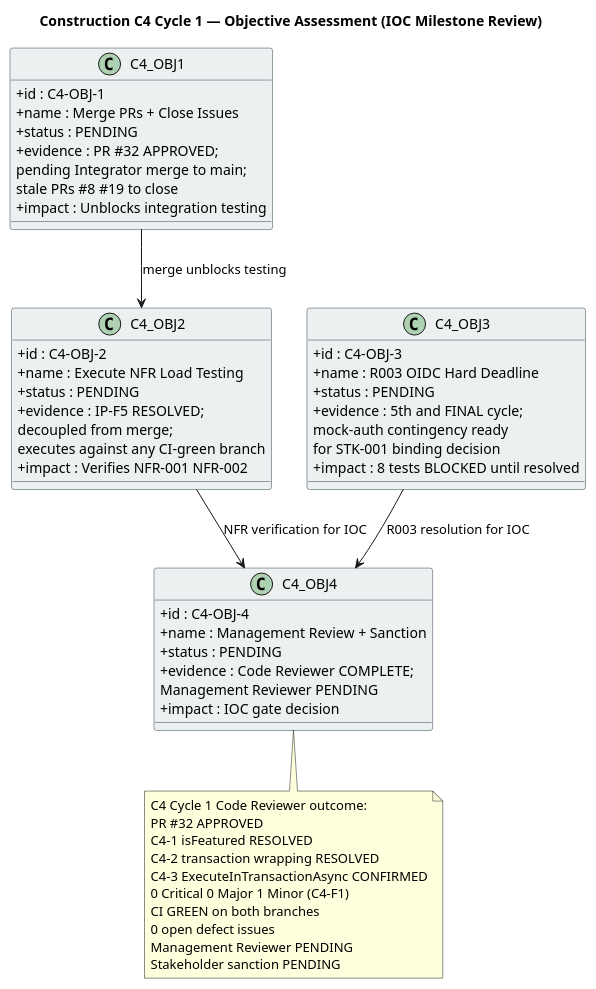
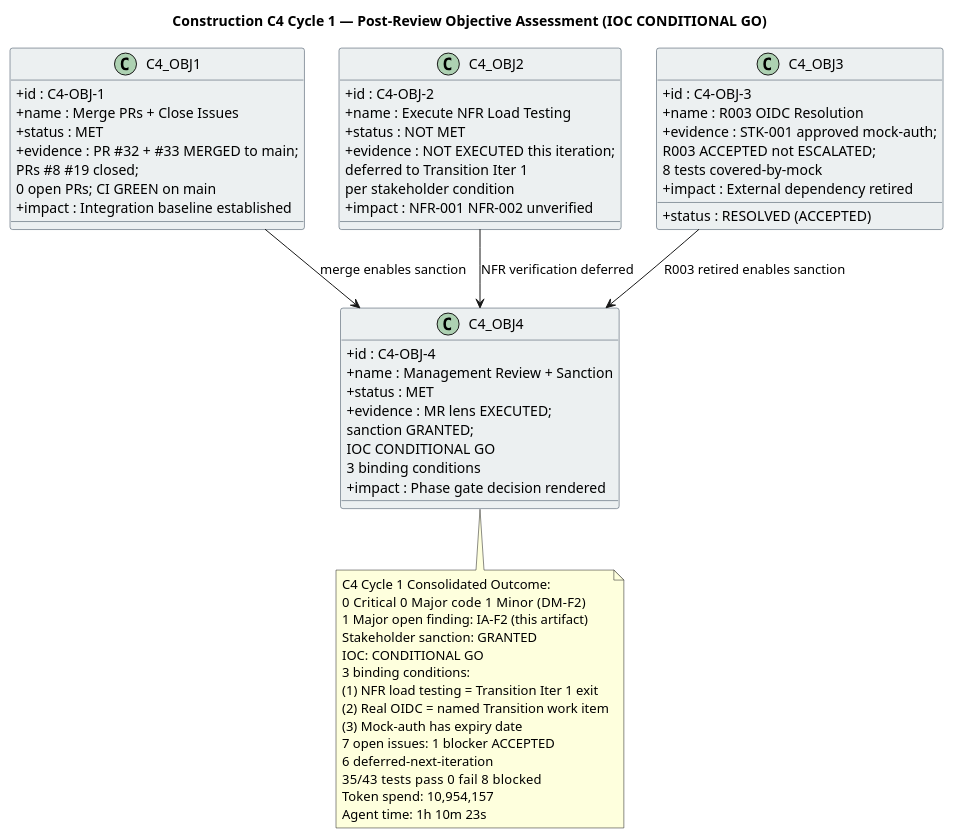
One commit to banense-test/portal-cuba-corp changed the diagram in docs/artifacts/project-management/iteration-assessment.md. Above: the diagram before and after it, drawn with PlantUML. The commit also changed other lines of this file, not shown here.

Commit message:
Project Manager [C4]: upsert Iteration Assessment
[skip ci]

````diff
--- a/docs/artifacts/project-management/iteration-assessment.md
+++ b/docs/artifacts/project-management/iteration-assessment.md
@@ -27,66 +26,72 @@
 ```plantuml
 @startuml
-title Construction C4 Cycle 1 — Objective Assessment (IOC Milestone Review)
+title Construction C4 Cycle 1 — Post-Review Objective Assessment (IOC CONDITIONAL GO)
 
 skinparam classBorderColor #2C3E50
 skinparam classBackgroundColor #ECF0F1
 skinparam classAttributeIconSize 0
 
 class C4_OBJ1 {
   + id : C4-OBJ-1
   + name : Merge PRs + Close Issues
-  + status : PENDING
-  + evidence : PR #32 APPROVED;
-    pending Integrator merge to main;
-    stale PRs #8 #19 to close
-  + impact : Unblocks integration testing
+  + status : MET
+  + evidence : PR #32 + #33 MERGED to main;
+    PRs #8 #19 closed;
+    0 open PRs; CI GREEN on main
+  + impact : Integration baseline established
 }
 
 class C4_OBJ2 {
   + id : C4-OBJ-2
   + name : Execute NFR Load Testing
-  + status : PENDING
-  + evidence : IP-F5 RESOLVED;
-    decoupled from merge;
-    executes against any CI-green branch
-  + impact : Verifies NFR-001 NFR-002
+  + status : NOT MET
+  + evidence : NOT EXECUTED this iteration;
+    deferred to Transition Iter 1
+    per stakeholder condition
+  + impact : NFR-001 NFR-002 unverified
 }
 
 class C4_OBJ3 {
   + id : C4-OBJ-3
-  + name : R003 OIDC Hard Deadline
-  + status : PENDING
-  + evidence : 5th and FINAL cycle;
-    mock-auth contingency ready
-    for STK-001 binding decision
-  + impact : 8 tests BLOCKED until resolved
+  + name : R003 OIDC Resolution
+  + status : RESOLVED (ACCEPTED)
+  + evidence : STK-001 approved mock-auth;
+    R003 ACCEPTED not ESCALATED;
+    8 tests covered-by-mock
+  + impact : External dependency retired
 }
 
 class C4_OBJ4 {
   + id : C4-OBJ-4
   + name : Management Review + Sanction
-  + status : PENDING
-  + evidence : Code Reviewer COMPLETE;
-    Management Reviewer PENDING
-  + impact : IOC gate decision
+  + status : MET
+  + evidence : MR lens EXECUTED;
+    sanction GRANTED;
+    IOC CONDITIONAL GO
+    3 binding conditions
+  + impact : Phase gate decision rendered
 }
 
-C4_OBJ1 --> C4_OBJ2 : merge unblocks testing
-C4_OBJ2 --> C4_OBJ4 : NFR verification for IOC
-C4_OBJ3 --> C4_OBJ4 : R003 resolution for IOC
+C4_OBJ1 --> C4_OBJ4 : merge enables sanction
+C4_OBJ2 --> C4_OBJ4 : NFR verification deferred
+C4_OBJ3 --> C4_OBJ4 : R003 retired enables sanction
 
 note bottom of C4_OBJ4
-  C4 Cycle 1 Code Reviewer outcome:
-  PR #32 APPROVED
-  C4-1 isFeatured RESOLVED
-  C4-2 transaction wrapping RESOLVED
-  C4-3 ExecuteInTransactionAsync CONFIRMED
-  0 Critical 0 Major 1 Minor (C4-F1)
-  CI GREEN on both branches
-  0 open defect issues
-  Management Reviewer PENDING
-  Stakeholder sanction PENDING
+  C4 Cycle 1 Consolidated Outcome:
+  0 Critical  0 Major code  1 Minor (DM-F2)
+  1 Major open finding: IA-F2 (this artifact)
+  Stakeholder sanction: GRANTED
+  IOC: CONDITIONAL GO
+  3 binding conditions:
+  (1) NFR load testing = Transition Iter 1 exit
+  (2) Real OIDC = named Transition work item
+  (3) Mock-auth has expiry date
+  7 open issues: 1 blocker ACCEPTED
+  6 deferred-next-iteration
+  35/43 tests pass  0 fail  8 blocked
+  Token spend: 10,954,157
+  Agent time: 1h 10m 23s
 end note
 
 @enduml
 ```
````
